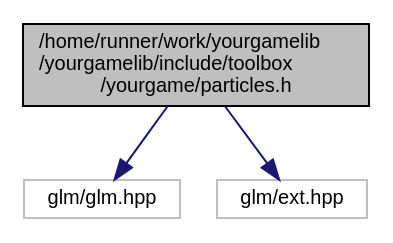
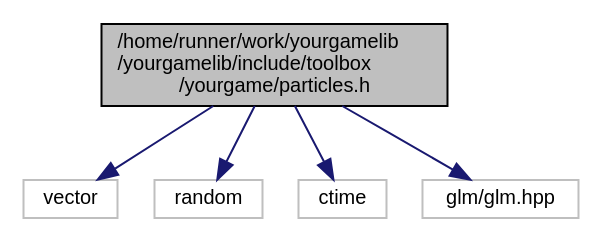
The diagram in particles_8h__incl.dot (duddel/yourgamelib), drawn with Graphviz before and after one commit. The commit also changed 87 other files, not shown here.

```diff
--- a/particles_8h__incl.dot
+++ b/particles_8h__incl.dot
@@ -1,10 +1,14 @@
 digraph "/home/runner/work/yourgamelib/yourgamelib/include/toolbox/yourgame/particles.h"
 {
   edge [fontname="Helvetica",fontsize="10",labelfontname="Helvetica",labelfontsize="10"];
   node [fontname="Helvetica",fontsize="10",shape=record];
   Node0 [label="/home/runner/work/yourgamelib\l/yourgamelib/include/toolbox\l/yourgame/particles.h",height=0.2,width=0.4,color="black", fillcolor="grey75", style="filled", fontcolor="black"];
   Node0 -> Node1 [color="midnightblue",fontsize="10",style="solid",fontname="Helvetica"];
-  Node1 [label="glm/glm.hpp",height=0.2,width=0.4,color="grey75", fillcolor="white", style="filled"];
+  Node1 [label="vector",height=0.2,width=0.4,color="grey75", fillcolor="white", style="filled"];
   Node0 -> Node2 [color="midnightblue",fontsize="10",style="solid",fontname="Helvetica"];
-  Node2 [label="glm/ext.hpp",height=0.2,width=0.4,color="grey75", fillcolor="white", style="filled"];
+  Node2 [label="random",height=0.2,width=0.4,color="grey75", fillcolor="white", style="filled"];
+  Node0 -> Node3 [color="midnightblue",fontsize="10",style="solid",fontname="Helvetica"];
+  Node3 [label="ctime",height=0.2,width=0.4,color="grey75", fillcolor="white", style="filled"];
+  Node0 -> Node4 [color="midnightblue",fontsize="10",style="solid",fontname="Helvetica"];
+  Node4 [label="glm/glm.hpp",height=0.2,width=0.4,color="grey75", fillcolor="white", style="filled"];
 }
```
